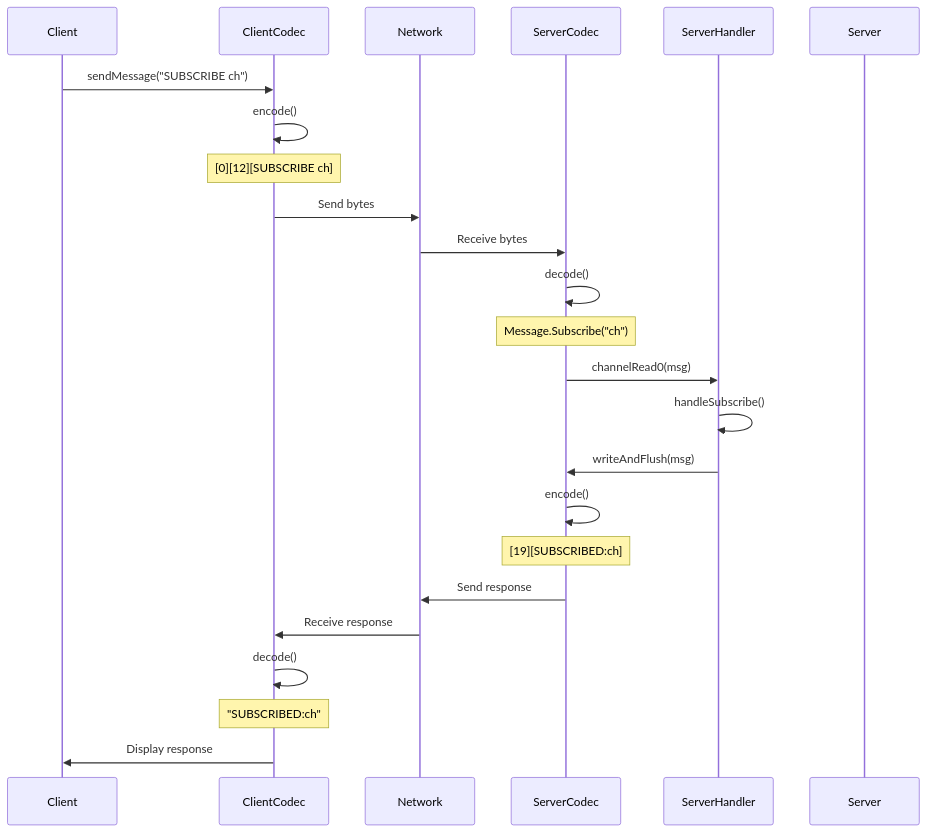
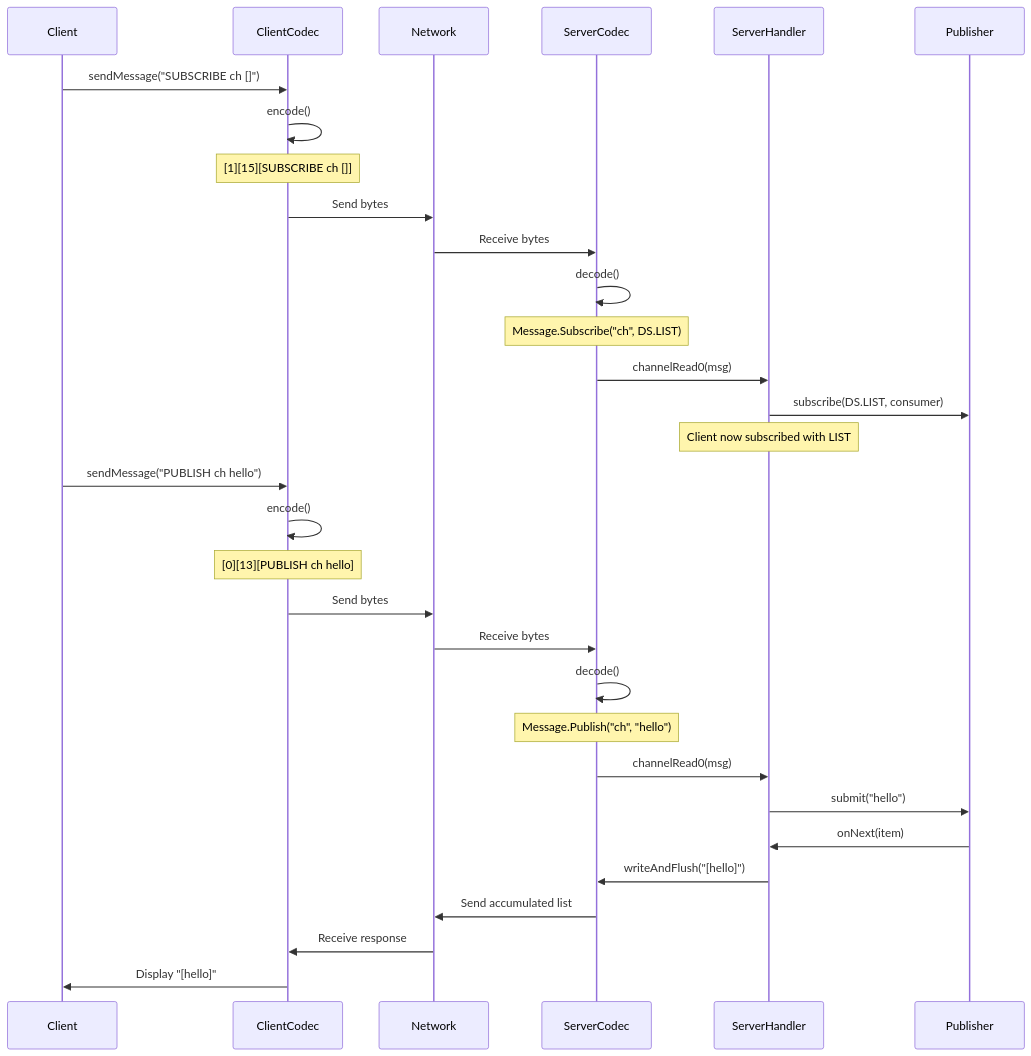
One commit to gchape/mudis changed the second of 3 diagrams in README.md. Above: the diagram before and after it, drawn with Mermaid. The commit also changed other lines of this file, not shown here.

First line of the commit message:
docs: update README for Flow API and subscriber-based data structures

````diff
--- a/README.md
+++ b/README.md
@@ -53,27 +56,35 @@
 ```mermaid
 sequenceDiagram
     participant Client
     participant ClientCodec
     participant Network
     participant ServerCodec
     participant ServerHandler
-    participant Server
+    participant Publisher
 
-    Client->>ClientCodec: sendMessage("SUBSCRIBE ch")
+    Client->>ClientCodec: sendMessage("SUBSCRIBE ch []")
     ClientCodec->>ClientCodec: encode()
-    Note over ClientCodec: [0][12][SUBSCRIBE ch]
+    Note over ClientCodec: [1][15][SUBSCRIBE ch []]
     ClientCodec->>Network: Send bytes
     Network->>ServerCodec: Receive bytes
     ServerCodec->>ServerCodec: decode()
-    Note over ServerCodec: Message.Subscribe("ch")
+    Note over ServerCodec: Message.Subscribe("ch", DS.LIST)
     ServerCodec->>ServerHandler: channelRead0(msg)
-    ServerHandler->>ServerHandler: handleSubscribe()
-    ServerHandler->>ServerCodec: writeAndFlush(msg)
-    ServerCodec->>ServerCodec: encode()
-    Note over ServerCodec: [19][SUBSCRIBED:ch]
-    ServerCodec->>Network: Send response
+    ServerHandler->>Publisher: subscribe(DS.LIST, consumer)
+    Note over ServerHandler: Client now subscribed with LIST
+    
+    Client->>ClientCodec: sendMessage("PUBLISH ch hello")
+    ClientCodec->>ClientCodec: encode()
+    Note over ClientCodec: [0][13][PUBLISH ch hello]
+    ClientCodec->>Network: Send bytes
+    Network->>ServerCodec: Receive bytes
+    ServerCodec->>ServerCodec: decode()
+    Note over ServerCodec: Message.Publish("ch", "hello")
+    ServerCodec->>ServerHandler: channelRead0(msg)
+    ServerHandler->>Publisher: submit("hello")
+    Publisher->>ServerHandler: onNext(item)
+    ServerHandler->>ServerCodec: writeAndFlush("[hello]")
+    ServerCodec->>Network: Send accumulated list
     Network->>ClientCodec: Receive response
-    ClientCodec->>ClientCodec: decode()
-    Note over ClientCodec: "SUBSCRIBED:ch"
-    ClientCodec->>Client: Display response
+    ClientCodec->>Client: Display "[hello]"
 ```
````
